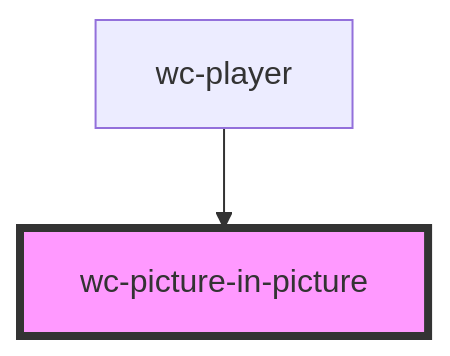
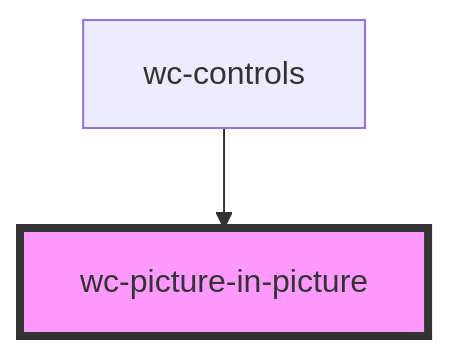
One commit to iChengbo/wcplayer changed the diagram in packages/wcplayer-components/src/components/wc-picture-in-picture/readme.md. Above: the diagram before and after it, drawn with Mermaid. The commit also changed other lines of this file and 8 other files, not shown here.

````diff
--- a/packages/wcplayer-components/src/components/wc-picture-in-picture/readme.md
+++ b/packages/wcplayer-components/src/components/wc-picture-in-picture/readme.md
@@ -22,5 +22,5 @@
 ```mermaid
 graph TD;
-  wc-player --> wc-picture-in-picture
+  wc-controls --> wc-picture-in-picture
   style wc-picture-in-picture fill:#f9f,stroke:#333,stroke-width:4px
 ```
````
